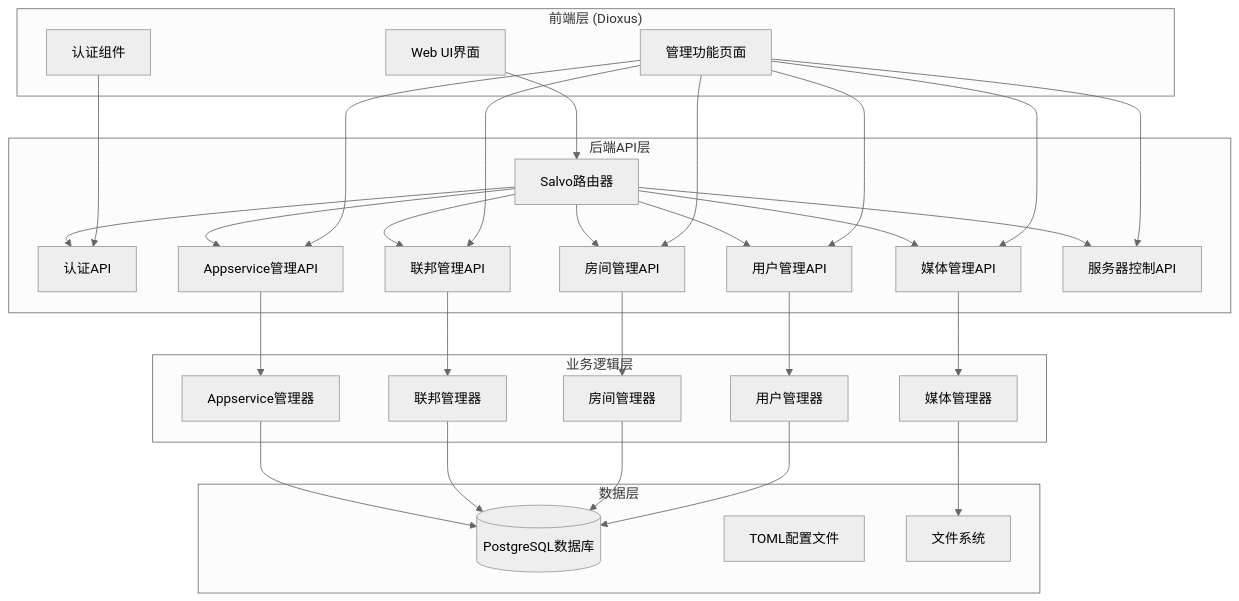
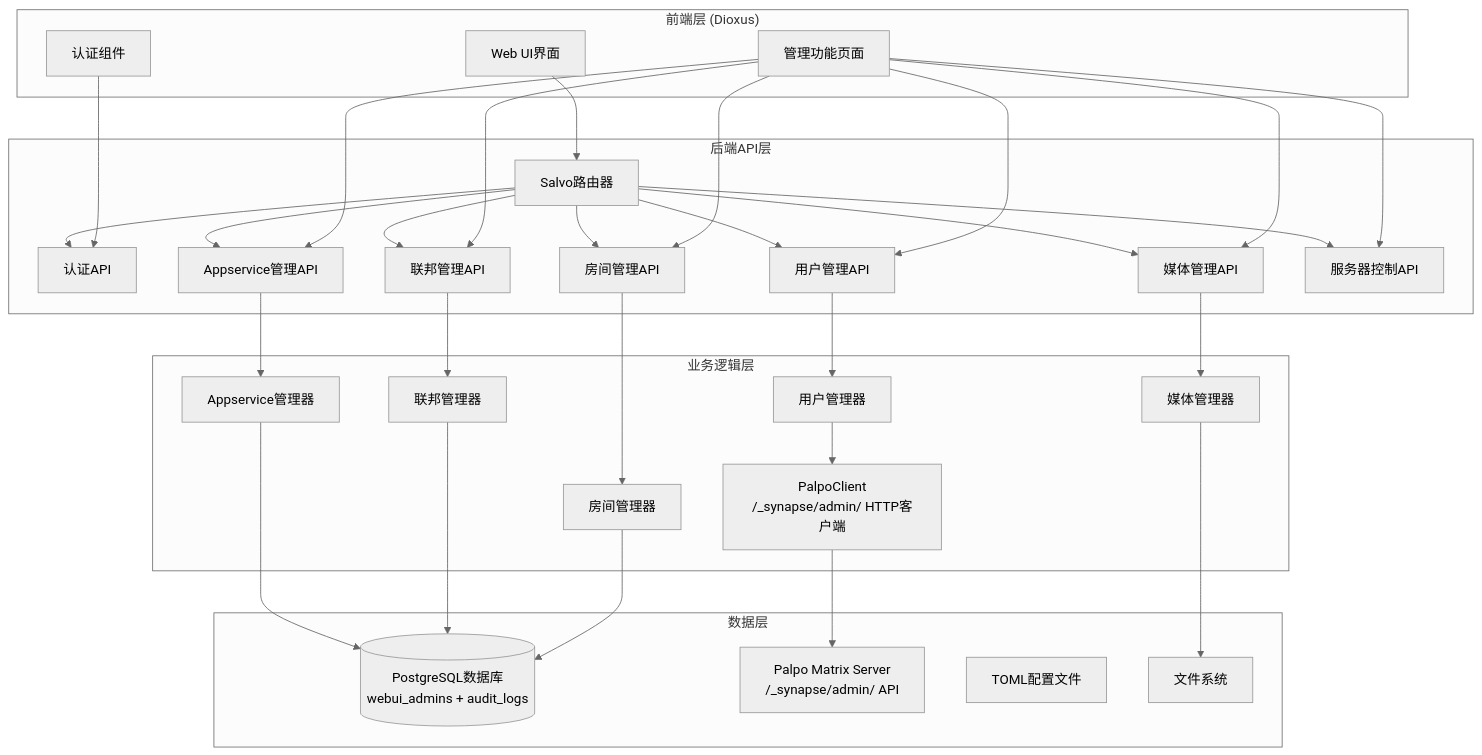
Before and after one commit to palpo-im/palpo: the diagram in .kiro/specs/palpo-web-config/design.md, drawn with Mermaid (neutral theme). The commit also changed other lines of this file and 26 other files, not shown here.

````diff
--- a/.kiro/specs/palpo-web-config/design.md
+++ b/.kiro/specs/palpo-web-config/design.md
@@ -13,62 +13,65 @@
 ```mermaid
 graph TB
     subgraph "前端层 (Dioxus)"
         UI[Web UI界面]
         Auth[认证组件]
         Pages[管理功能页面]
     end
     
     subgraph "后端API层"
         Router[Salvo路由器]
         AuthAPI[认证API]
         UserAPI[用户管理API]
         RoomAPI[房间管理API]
         MediaAPI[媒体管理API]
         FedAPI[联邦管理API]
         ASAPI[Appservice管理API]
         ServerAPI[服务器控制API]
     end
     
     subgraph "业务逻辑层"
         UserMgr[用户管理器]
         RoomMgr[房间管理器]
         MediaMgr[媒体管理器]
         FedMgr[联邦管理器]
         AppSvcMgr[Appservice管理器]
+        PalpoClient[PalpoClient\n/_synapse/admin/ HTTP客户端]
     end
     
     subgraph "数据层"
-        DB[(PostgreSQL数据库)]
+        DB[(PostgreSQL数据库\nwebui_admins + audit_logs)]
+        PalpoAPI[Palpo Matrix Server\n/_synapse/admin/ API]
         TOML[TOML配置文件]
         FS[文件系统]
     end
     
     UI --> Router
     Auth --> AuthAPI
     Pages --> UserAPI
     Pages --> RoomAPI
     Pages --> MediaAPI
     Pages --> FedAPI
     Pages --> ASAPI
     Pages --> ServerAPI
     
     Router --> AuthAPI
     Router --> UserAPI
     Router --> RoomAPI
     Router --> MediaAPI
     Router --> FedAPI
     Router --> ASAPI
     Router --> ServerAPI
     
     UserAPI --> UserMgr
     RoomAPI --> RoomMgr
     MediaAPI --> MediaMgr
     FedAPI --> FedMgr
     ASAPI --> AppSvcMgr
     
-    UserMgr --> DB
+    UserMgr --> PalpoClient
     RoomMgr --> DB
     MediaMgr --> FS
     FedMgr --> DB
     AppSvcMgr --> DB
+    PalpoClient --> PalpoAPI
 ```
````
